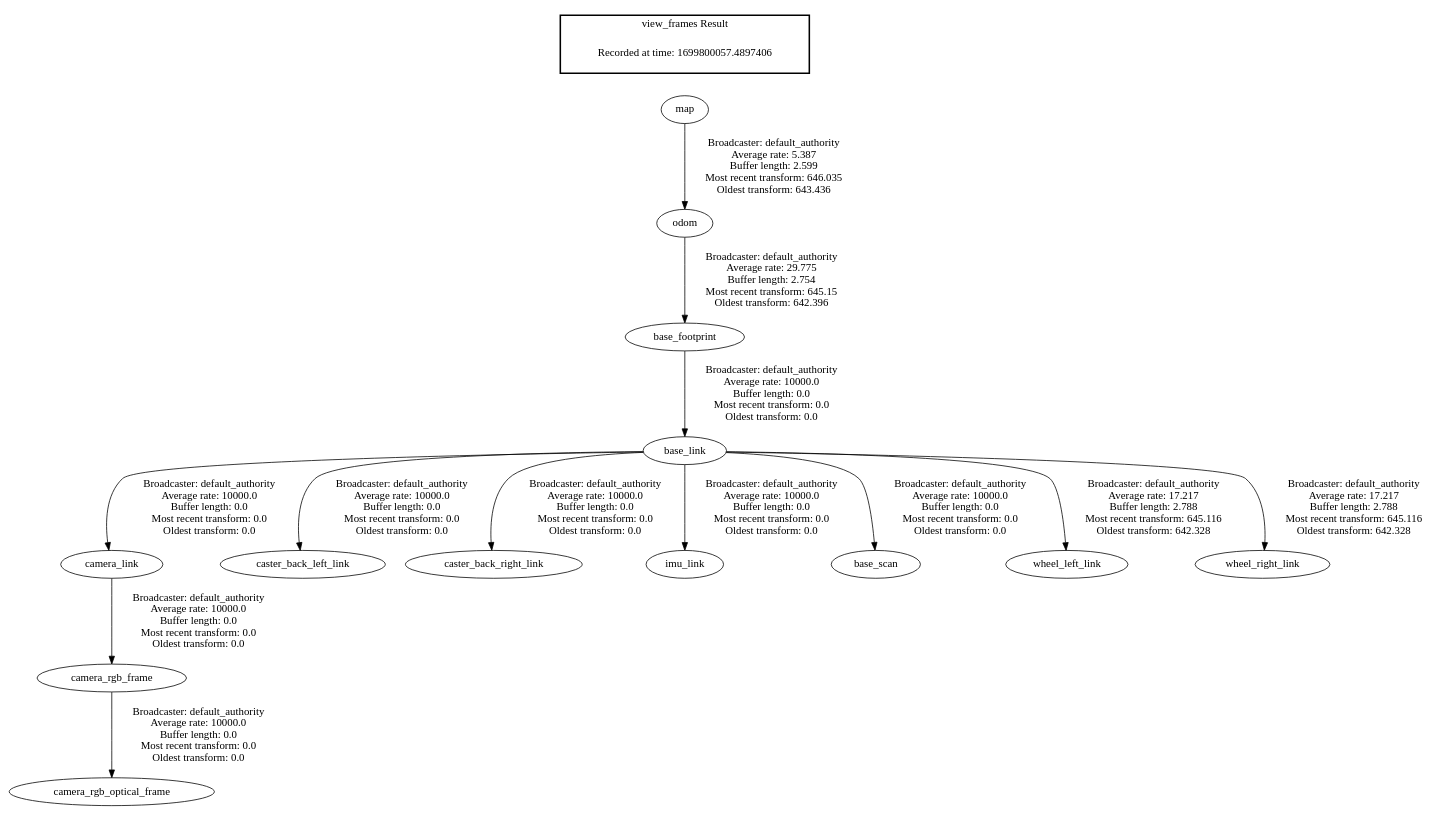
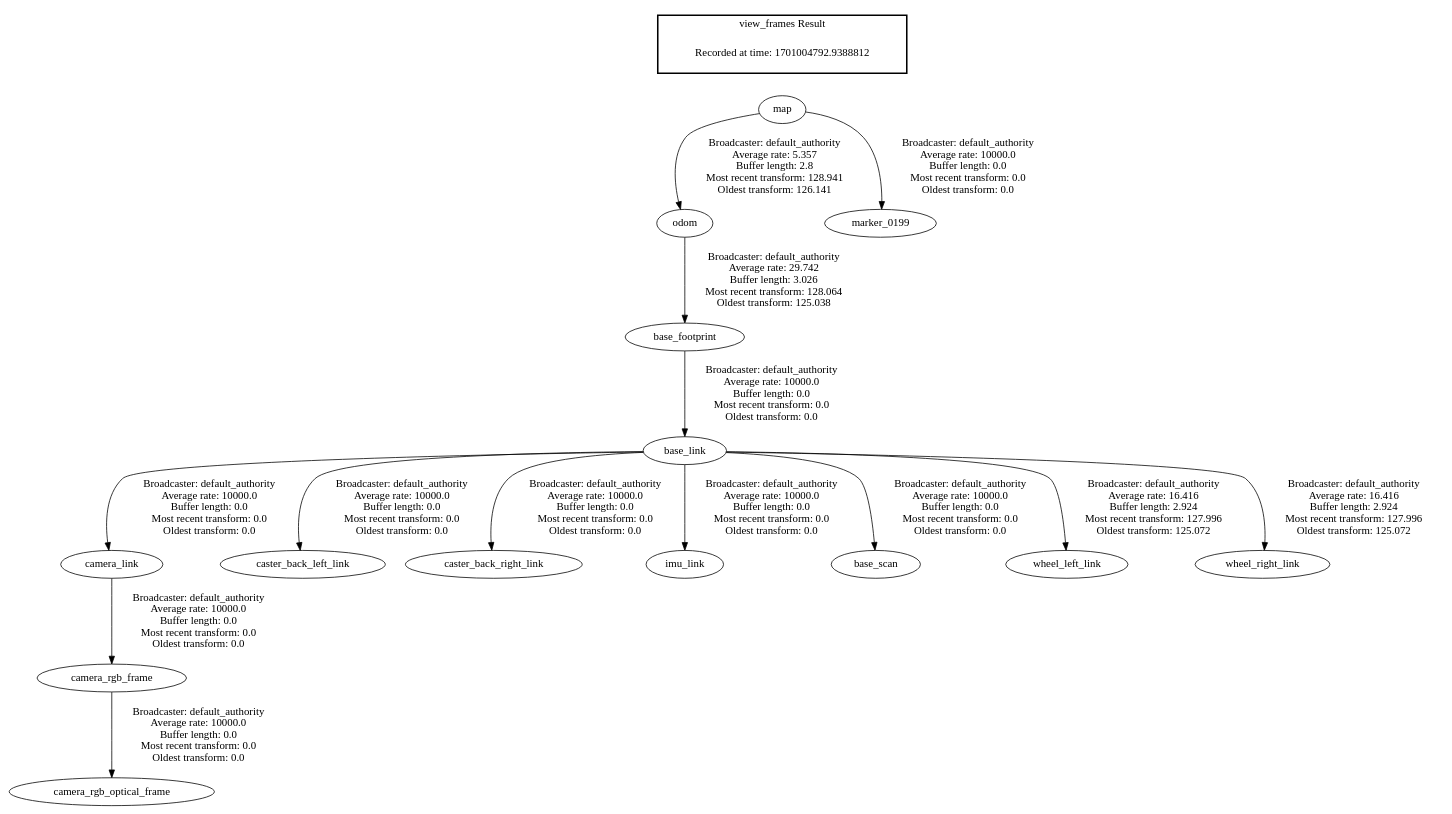
One commit to LuisMilczarek/AIC3_Robot changed the diagram in frames.gv. Above: the diagram before and after it, drawn with Graphviz. The commit also changed 6016 other files, not shown here.

```diff
--- a/frames.gv
+++ b/frames.gv
@@ -1,18 +1,19 @@
 digraph G {
+"odom" -> "base_footprint"[label=" Broadcaster: default_authority\nAverage rate: 29.742\nBuffer length: 3.026\nMost recent transform: 128.064\nOldest transform: 125.038\n"];
+"map" -> "odom"[label=" Broadcaster: default_authority\nAverage rate: 5.357\nBuffer length: 2.8\nMost recent transform: 128.941\nOldest transform: 126.141\n"];
+"map" -> "marker_0199"[label=" Broadcaster: default_authority\nAverage rate: 10000.0\nBuffer length: 0.0\nMost recent transform: 0.0\nOldest transform: 0.0\n"];
 "base_footprint" -> "base_link"[label=" Broadcaster: default_authority\nAverage rate: 10000.0\nBuffer length: 0.0\nMost recent transform: 0.0\nOldest transform: 0.0\n"];
-"odom" -> "base_footprint"[label=" Broadcaster: default_authority\nAverage rate: 29.775\nBuffer length: 2.754\nMost recent transform: 645.15\nOldest transform: 642.396\n"];
 "base_link" -> "camera_link"[label=" Broadcaster: default_authority\nAverage rate: 10000.0\nBuffer length: 0.0\nMost recent transform: 0.0\nOldest transform: 0.0\n"];
 "camera_link" -> "camera_rgb_frame"[label=" Broadcaster: default_authority\nAverage rate: 10000.0\nBuffer length: 0.0\nMost recent transform: 0.0\nOldest transform: 0.0\n"];
 "camera_rgb_frame" -> "camera_rgb_optical_frame"[label=" Broadcaster: default_authority\nAverage rate: 10000.0\nBuffer length: 0.0\nMost recent transform: 0.0\nOldest transform: 0.0\n"];
 "base_link" -> "caster_back_left_link"[label=" Broadcaster: default_authority\nAverage rate: 10000.0\nBuffer length: 0.0\nMost recent transform: 0.0\nOldest transform: 0.0\n"];
 "base_link" -> "caster_back_right_link"[label=" Broadcaster: default_authority\nAverage rate: 10000.0\nBuffer length: 0.0\nMost recent transform: 0.0\nOldest transform: 0.0\n"];
 "base_link" -> "imu_link"[label=" Broadcaster: default_authority\nAverage rate: 10000.0\nBuffer length: 0.0\nMost recent transform: 0.0\nOldest transform: 0.0\n"];
 "base_link" -> "base_scan"[label=" Broadcaster: default_authority\nAverage rate: 10000.0\nBuffer length: 0.0\nMost recent transform: 0.0\nOldest transform: 0.0\n"];
-"map" -> "odom"[label=" Broadcaster: default_authority\nAverage rate: 5.387\nBuffer length: 2.599\nMost recent transform: 646.035\nOldest transform: 643.436\n"];
-"base_link" -> "wheel_left_link"[label=" Broadcaster: default_authority\nAverage rate: 17.217\nBuffer length: 2.788\nMost recent transform: 645.116\nOldest transform: 642.328\n"];
-"base_link" -> "wheel_right_link"[label=" Broadcaster: default_authority\nAverage rate: 17.217\nBuffer length: 2.788\nMost recent transform: 645.116\nOldest transform: 642.328\n"];
+"base_link" -> "wheel_left_link"[label=" Broadcaster: default_authority\nAverage rate: 16.416\nBuffer length: 2.924\nMost recent transform: 127.996\nOldest transform: 125.072\n"];
+"base_link" -> "wheel_right_link"[label=" Broadcaster: default_authority\nAverage rate: 16.416\nBuffer length: 2.924\nMost recent transform: 127.996\nOldest transform: 125.072\n"];
 edge [style=invis];
  subgraph cluster_legend { style=bold; color=black; label ="view_frames Result";
-"Recorded at time: 1699800057.4897406"[ shape=plaintext ] ;
+"Recorded at time: 1701004792.9388812"[ shape=plaintext ] ;
 }->"map";
 }
```
